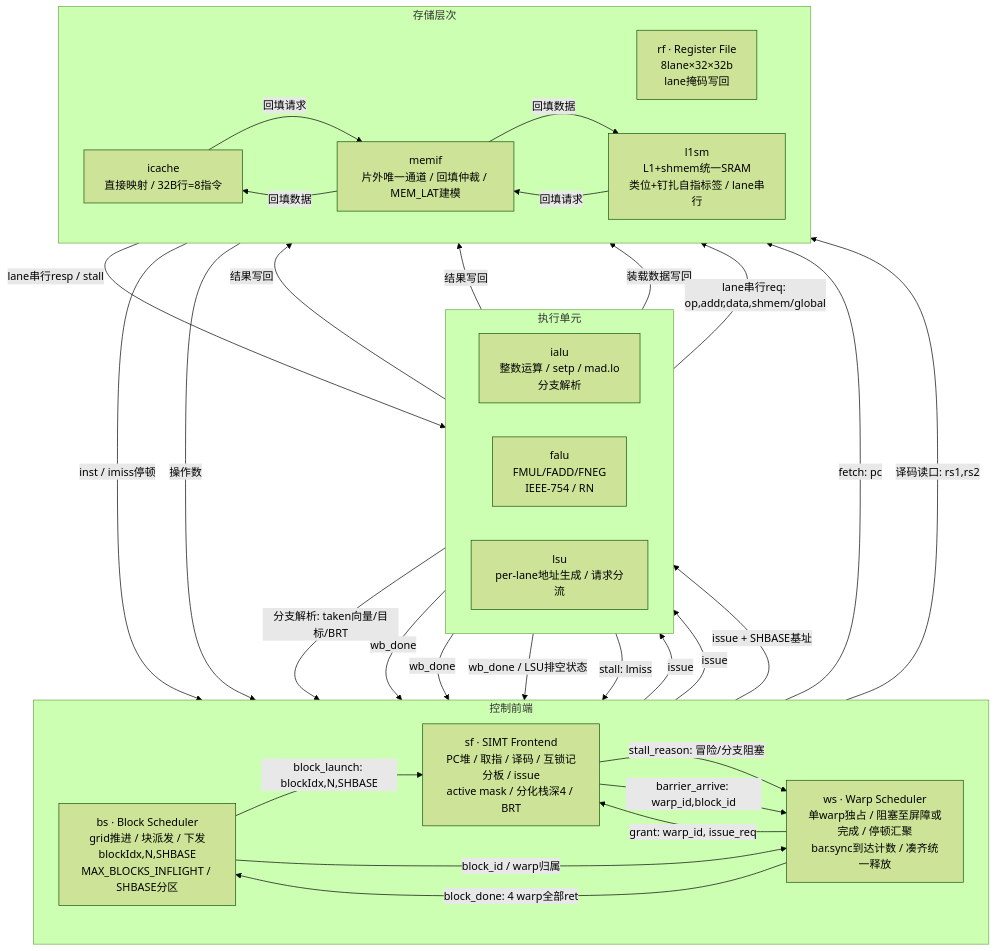
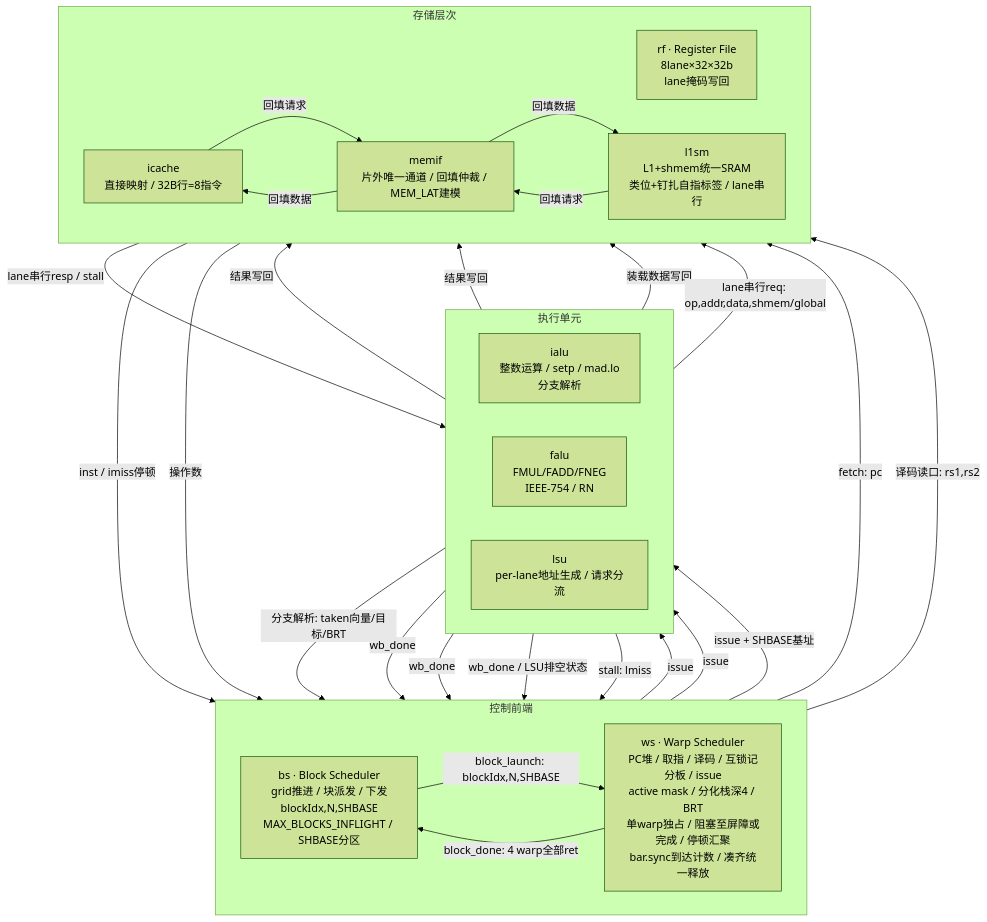
Before and after one commit to Up-desires-big-result/easy_simt: the diagram in top/docs/ma_spec_v0.1.md, drawn with Mermaid (forest theme). The commit also changed other lines of this file and 35 other files, not shown here.

````diff
--- a/top/docs/ma_spec_v0.1.md
+++ b/top/docs/ma_spec_v0.1.md
@@ -79,67 +78,60 @@
 ```mermaid
 flowchart TB
   subgraph CTRL["控制前端"]
     direction LR
     bs["bs · Block Scheduler<br/>grid推进 / 块派发 / 下发blockIdx,N,SHBASE<br/>MAX_BLOCKS_INFLIGHT / SHBASE分区"]
-    ws["ws · Warp Scheduler<br/>单warp独占 / 阻塞至屏障或完成 / 停顿汇聚<br/>bar.sync到达计数 / 凑齐统一释放"]
-    sf["sf · SIMT Frontend<br/>PC堆 / 取指 / 译码 / 互锁记分板 / issue<br/>active mask / 分化栈深4 / BRT"]
+    ws["ws · Warp Scheduler<br/>PC堆 / 取指 / 译码 / 互锁记分板 / issue<br/>active mask / 分化栈深4 / BRT<br/>单warp独占 / 阻塞至屏障或完成 / 停顿汇聚<br/>bar.sync到达计数 / 凑齐统一释放"]
   end
 
   subgraph EXEC["执行单元"]
     direction LR
     ialu["ialu<br/>整数运算 / setp / mad.lo<br/>分支解析"]
     falu["falu<br/>FMUL/FADD/FNEG<br/>IEEE-754 / RN"]
     lsu["lsu<br/>per-lane地址生成 / 请求分流"]
   end
 
   subgraph STOR["存储层次"]
     direction LR
     rf["rf · Register File<br/>8lane×32×32b<br/>lane掩码写回"]
     icache["icache<br/>直接映射 / 32B行=8指令"]
     l1sm["l1sm<br/>L1+shmem统一SRAM<br/>类位+钉扎自指标签 / lane串行"]
     memif["memif<br/>片外唯一通道 / 回填仲裁 / MEM_LAT建模"]
   end
 
   %% 块级控制
-  bs -- "block_launch: blockIdx,N,SHBASE" --> sf
-  bs -- "block_id / warp归属" --> ws
+  bs -- "block_launch: blockIdx,N,SHBASE" --> ws
   ws -- "block_done: 4 warp全部ret" --> bs
 
-  %% 发射对握
-  ws -- "grant: warp_id, issue_req" --> sf
-  sf -- "stall_reason: 冒险/分支阻塞" --> ws
-  sf -- "barrier_arrive: warp_id,block_id" --> ws
-
   %% 取指
-  sf -- "fetch: pc" --> icache
-  icache -- "inst / imiss停顿" --> sf
+  ws -- "fetch: pc" --> icache
+  icache -- "inst / imiss停顿" --> ws
 
   %% 寄存器堆
-  sf -- "译码读口: rs1,rs2" --> rf
-  rf -- "操作数" --> sf
+  ws -- "译码读口: rs1,rs2" --> rf
+  rf -- "操作数" --> ws
 
   %% issue与分支回注
-  sf -- "issue" --> ialu
-  sf -- "issue" --> falu
-  sf -- "issue + SHBASE基址" --> lsu
-  ialu -- "分支解析: taken向量/目标/BRT" --> sf
+  ws -- "issue" --> ialu
+  ws -- "issue" --> falu
+  ws -- "issue + SHBASE基址" --> lsu
+  ialu -- "分支解析: taken向量/目标/BRT" --> ws
 
   %% 写回与记分板
   ialu -- "结果写回" --> rf
   falu -- "结果写回" --> rf
   lsu -- "装载数据写回" --> rf
-  ialu -- "wb_done" --> sf
-  falu -- "wb_done" --> sf
-  lsu -- "wb_done / LSU排空状态" --> sf
+  ialu -- "wb_done" --> ws
+  falu -- "wb_done" --> ws
+  lsu -- "wb_done / LSU排空状态" --> ws
 
   %% 访存
   lsu -- "stall: lmiss" --> ws
   lsu -- "lane串行req: op,addr,data,shmem/global" --> l1sm
   l1sm -- "lane串行resp / stall" --> lsu
 
   %% 片外
   icache -- "回填请求" --> memif
   memif -- "回填数据" --> icache
   l1sm -- "回填请求" --> memif
   memif -- "回填数据" --> l1sm
 ```
````
